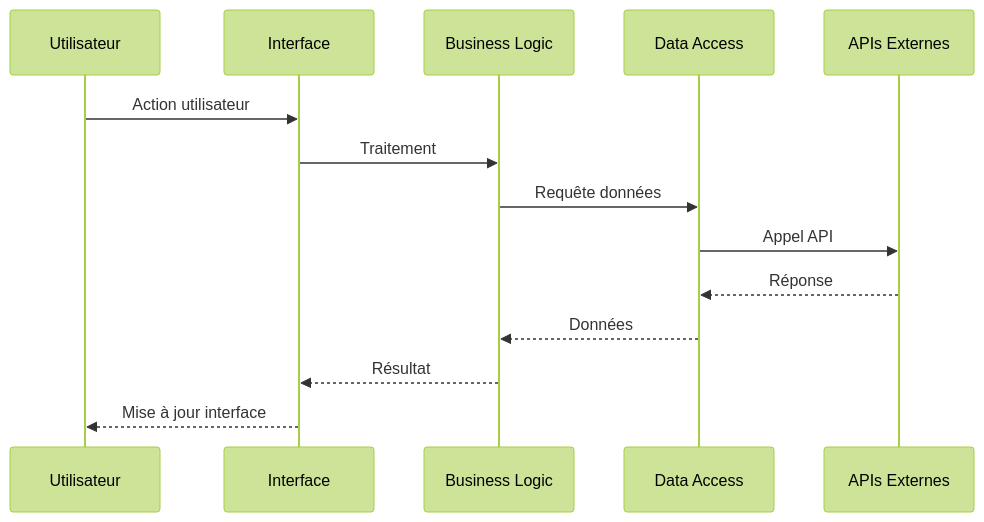
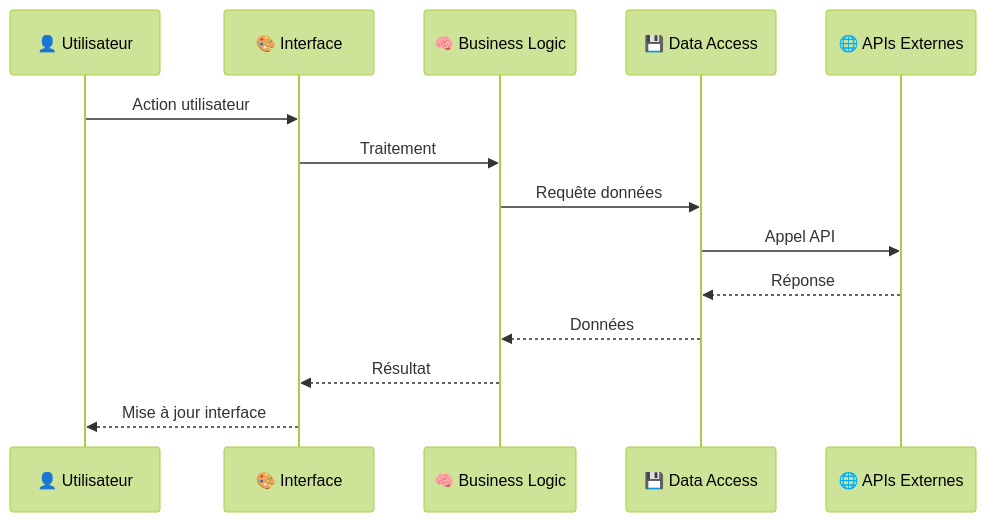
One commit to MaximeKELI/Projet-AGRICOLE changed the eighth of 13 diagrams in README.md. Above: the diagram before and after it, drawn with Mermaid (forest theme). The commit also changed other lines of this file and 2 other files, not shown here.

````diff
--- a/README.md
+++ b/README.md
@@ -297,17 +658,17 @@
 ```mermaid
 sequenceDiagram
-    participant U as Utilisateur
-    participant UI as Interface
-    participant BL as Business Logic
-    participant DA as Data Access
-    participant API as APIs Externes
+    participant U as 👤 Utilisateur
+    participant UI as 🎨 Interface
+    participant BL as 🧠 Business Logic
+    participant DA as 💾 Data Access
+    participant API as 🌐 APIs Externes
     
     U->>UI: Action utilisateur
     UI->>BL: Traitement
     BL->>DA: Requête données
     DA->>API: Appel API
     API-->>DA: Réponse
     DA-->>BL: Données
     BL-->>UI: Résultat
     UI-->>U: Mise à jour interface
 ```
````
